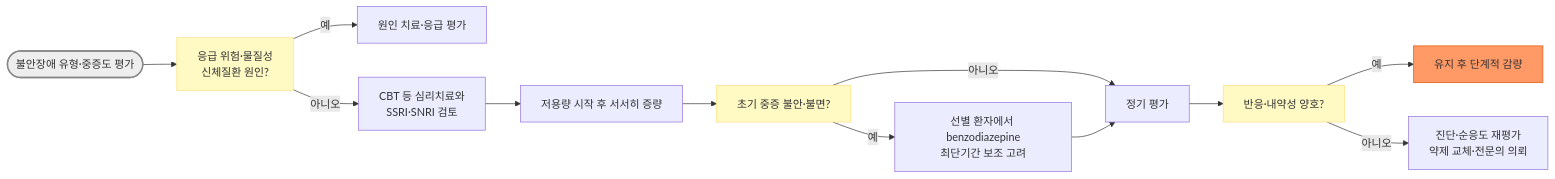
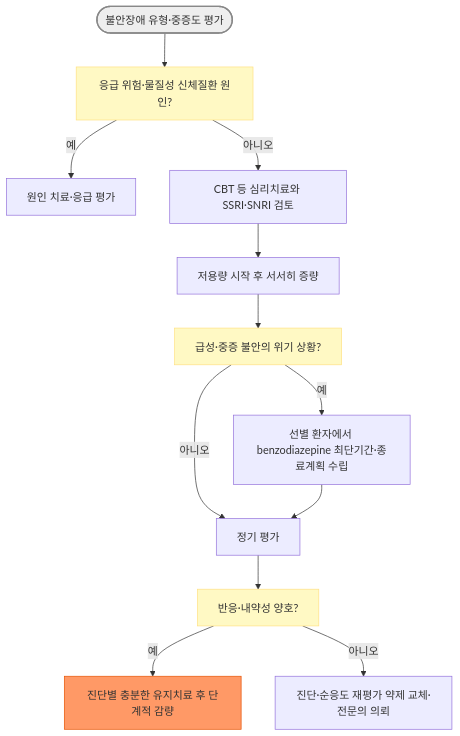
Before and after one commit to familyoh77/familyoh77: the second of 2 diagrams in 231_/213_-antidepressants-and-anxiolytics.md, drawn with Mermaid. The commit also changed other lines of this file and 5 other files, not shown here.

````diff
--- a/231_/213_-antidepressants-and-anxiolytics.md
+++ b/231_/213_-antidepressants-and-anxiolytics.md
@@ -92,20 +92,20 @@
 ```mermaid
-flowchart LR
-    A(["불안장애 유형·중증도 평가"]) --> B["응급 위험·물질성<br/>신체질환 원인?"]
+flowchart TD
+    A(["불안장애 유형·중증도 평가"]) --> B["응급 위험·물질성 신체질환 원인?"]
     B -->|예| C["원인 치료·응급 평가"]
-    B -->|아니오| D["CBT 등 심리치료와<br/>SSRI·SNRI 검토"]
+    B -->|아니오| D["CBT 등 심리치료와 SSRI·SNRI 검토"]
     D --> E["저용량 시작 후 서서히 증량"]
-    E --> F["초기 중증 불안·불면?"]
-    F -->|예| G["선별 환자에서 benzodiazepine<br/>최단기간 보조 고려"]
+    E --> F["급성·중증 불안의 위기 상황?"]
+    F -->|예| G["선별 환자에서 benzodiazepine 최단기간·종료계획 수립"]
     F -->|아니오| H["정기 평가"]
     G --> H
     H --> I["반응·내약성 양호?"]
-    I -->|예| J["유지 후 단계적 감량"]
-    I -->|아니오| K["진단·순응도 재평가<br/>약제 교체·전문의 의뢰"]
+    I -->|예| J["진단별 충분한 유지치료 후 단계적 감량"]
+    I -->|아니오| K["진단·순응도 재평가 약제 교체·전문의 의뢰"]
 
     style A fill:#eeeeee,stroke:#888888,stroke-width:2px
     style B fill:#fff9c4,stroke:#ffe082
     style F fill:#fff9c4,stroke:#ffe082
     style I fill:#fff9c4,stroke:#ffe082
     style J fill:#f96,stroke:#e65100
 ```
````
